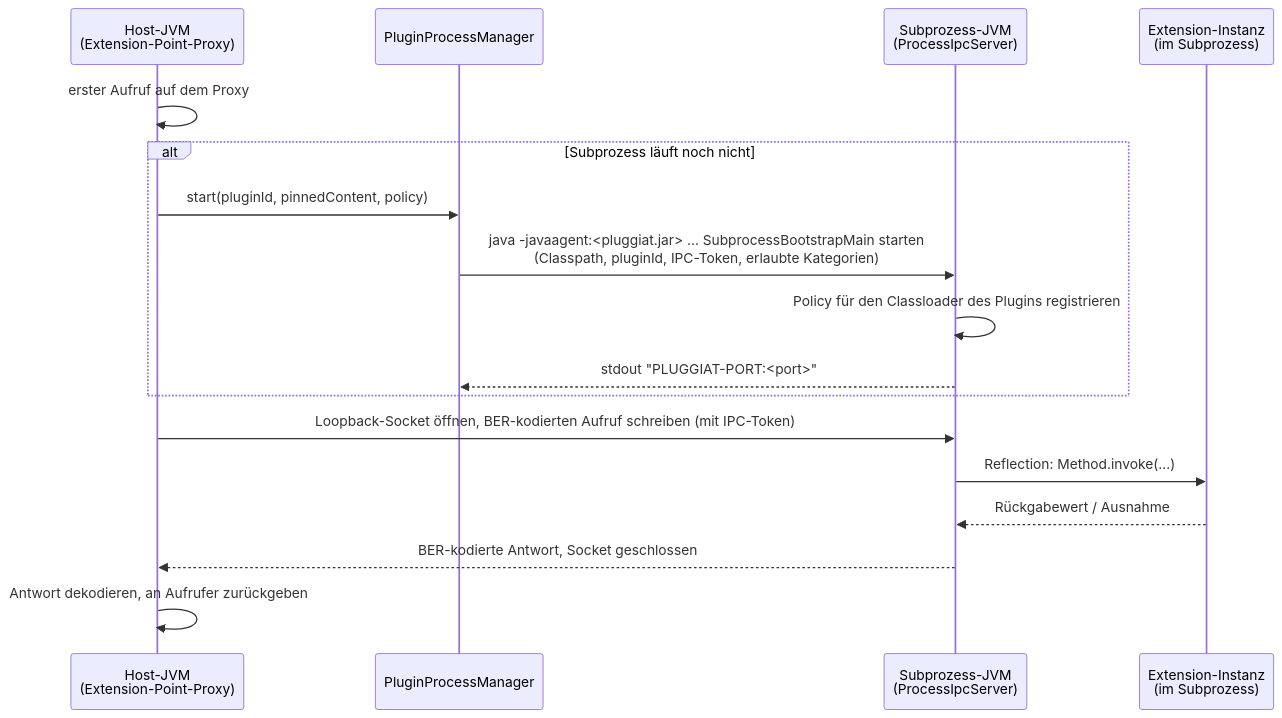
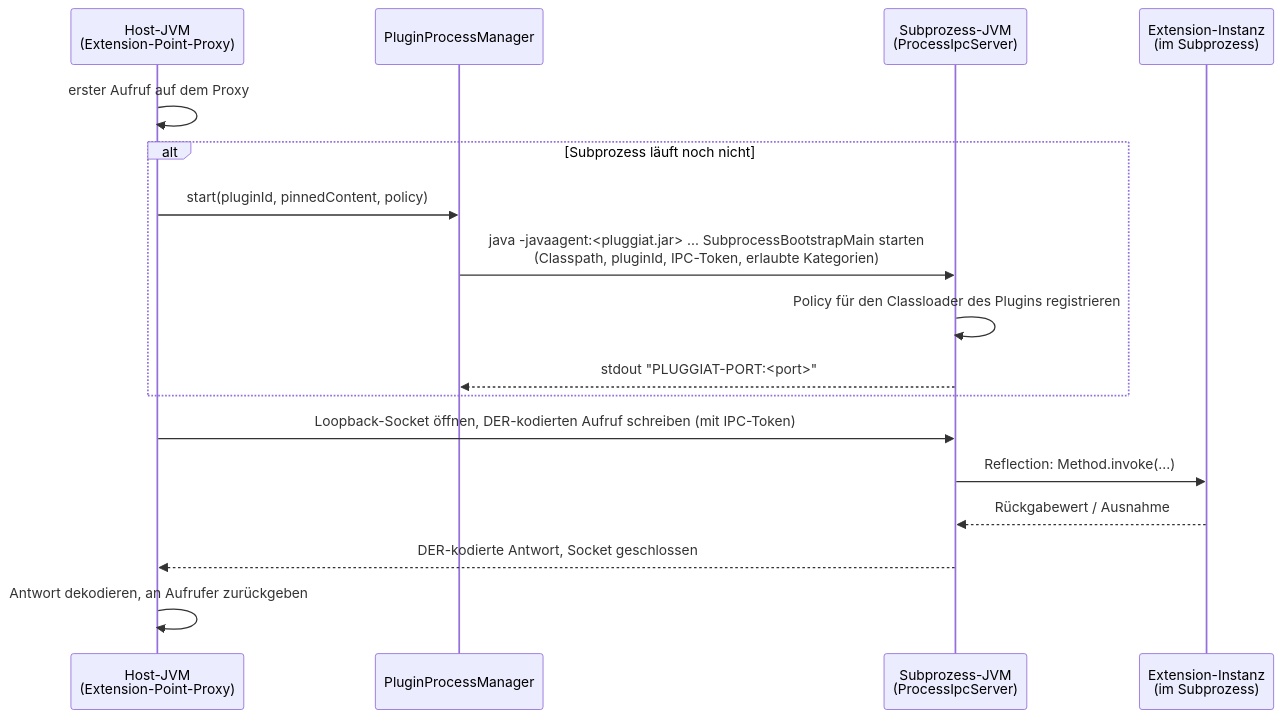
The second of 2 diagrams in docs/docs/host-integration/sandbox.de.md (KleinerHacker/pluggiat), drawn with Mermaid before and after one commit. The commit also changed other lines of this file and 16 other files, not shown here.

Commit message:
Switch IPC encoding from ASN.1 BER to ASN.1 DER and expand type support to include Kotlin data classes as nested object graphs.

````diff
--- a/docs/docs/host-integration/sandbox.de.md
+++ b/docs/docs/host-integration/sandbox.de.md
@@ -260,20 +260,20 @@
 ```mermaid
 sequenceDiagram
     participant Host as Host-JVM<br/>(Extension-Point-Proxy)
     participant Mgr as PluginProcessManager
     participant Sub as Subprozess-JVM<br/>(ProcessIpcServer)
     participant Ext as Extension-Instanz<br/>(im Subprozess)
 
     Host->>Host: erster Aufruf auf dem Proxy
     alt Subprozess läuft noch nicht
         Host->>Mgr: start(pluginId, pinnedContent, policy)
         Mgr->>Sub: java -javaagent:<pluggiat.jar> ... SubprocessBootstrapMain starten<br/>(Classpath, pluginId, IPC-Token, erlaubte Kategorien)
         Sub->>Sub: Policy für den Classloader des Plugins registrieren
         Sub-->>Mgr: stdout "PLUGGIAT-PORT:<port>"
     end
-    Host->>Sub: Loopback-Socket öffnen, BER-kodierten Aufruf schreiben (mit IPC-Token)
+    Host->>Sub: Loopback-Socket öffnen, DER-kodierten Aufruf schreiben (mit IPC-Token)
     Sub->>Ext: Reflection: Method.invoke(...)
     Ext-->>Sub: Rückgabewert / Ausnahme
-    Sub-->>Host: BER-kodierte Antwort, Socket geschlossen
+    Sub-->>Host: DER-kodierte Antwort, Socket geschlossen
     Host->>Host: Antwort dekodieren, an Aufrufer zurückgeben
 ```
````
